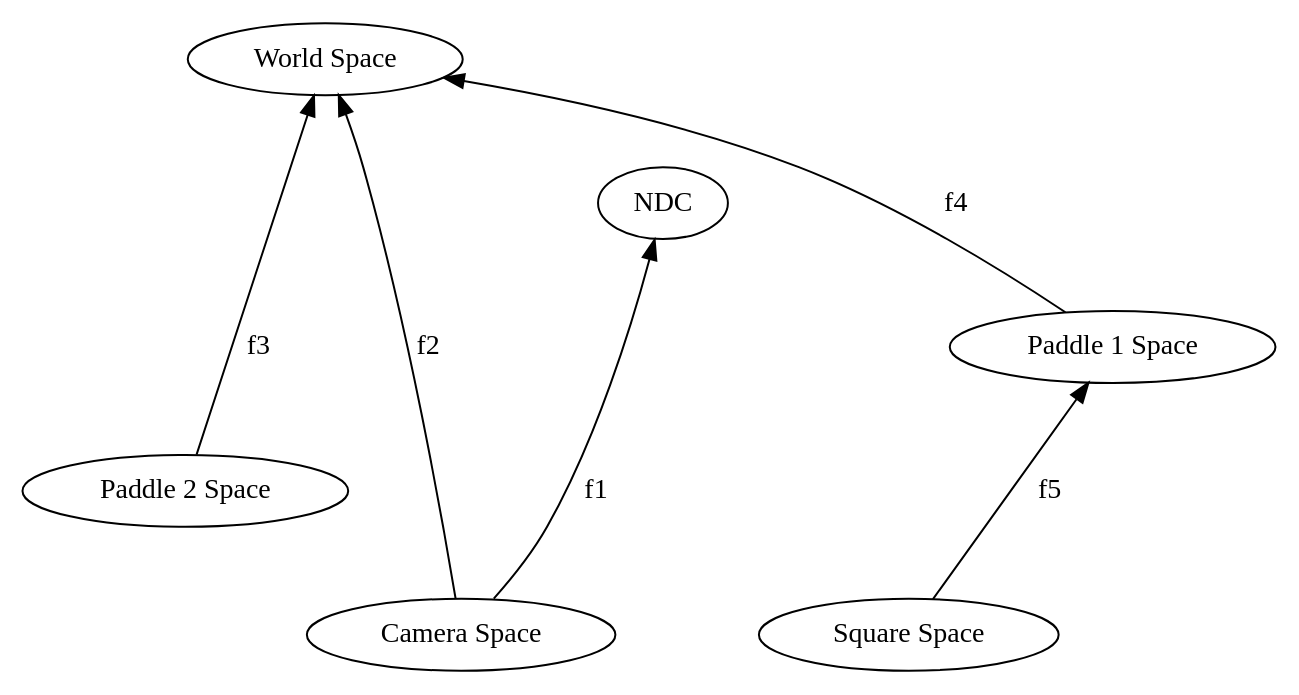
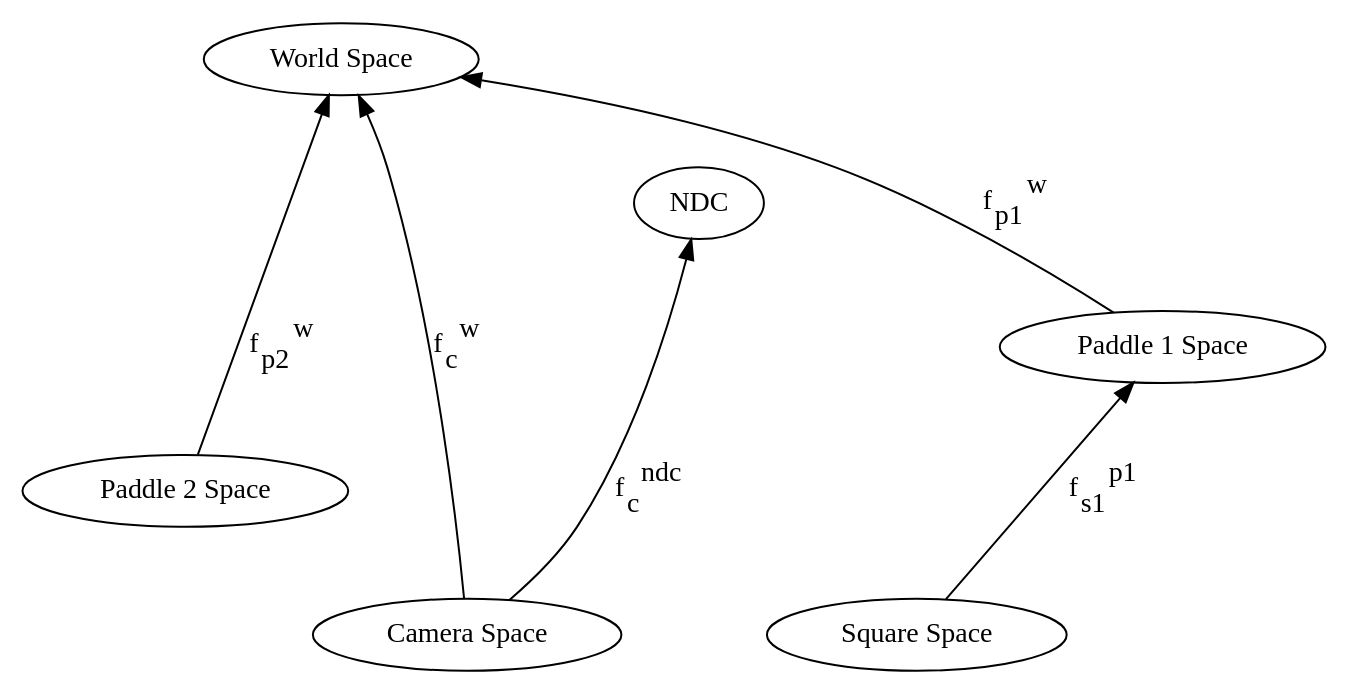
One commit to billsix/Programming3DComputerGraphics changed the diagram in docs/_static/demo11.dot. Above: the diagram before and after it, drawn with Graphviz. The commit also changed 11 other files, not shown here.

```diff
--- a/docs/_static/demo11.dot
+++ b/docs/_static/demo11.dot
@@ -1,16 +1,16 @@
 digraph {
     rankdir="BT"
     nodesep=1
     ranksep=1
     p1 [label = "Paddle 1 Space"];
     s1 [label = "Square Space"];
     p2 [label = "Paddle 2 Space"] ;
     cs [label = "Camera Space"];
     ws [label = "World Space"];
     ndc [label = "NDC"];
-    p1 -> ws  [label="f4",weight="0.2"];
-    s1 -> p1  [label="f5",weight="0.2"];
-    p2 -> ws [label="f3",weight="0.2"];
-    cs -> ws [label="f2",weight="0.2"];
-    cs -> ndc [label="f1",weight="0.2"];
+    p1 -> ws  [label=<f<SUB>p1</SUB><SUP>w</SUP>>,weight="0.2"];
+    s1 -> p1  [label=<f<SUB>s1</SUB><SUP>p1</SUP>>,weight="0.2"];
+    p2 -> ws [label=<f<SUB>p2</SUB><SUP>w</SUP>>,weight="0.2"];
+    cs -> ws [label=<f<SUB>c</SUB><SUP>w</SUP>>,weight="0.2"];
+    cs -> ndc [label=<f<SUB>c</SUB><SUP>ndc</SUP>>,weight="0.2"];
 }
```
